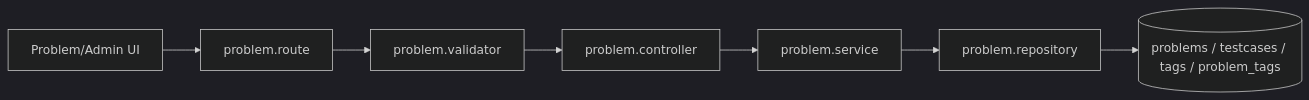
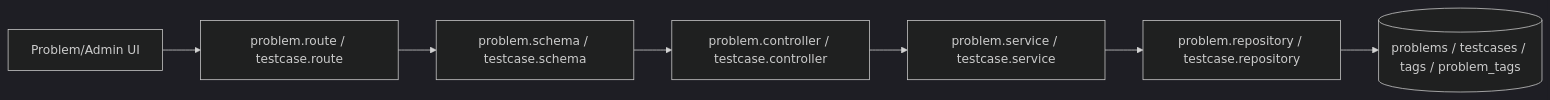
One commit to jack1e2401/fessior changed the second of 4 diagrams in docs/feature-flows.md. Above: the diagram before and after it, drawn with Mermaid (dark theme). The commit also changed other lines of this file and 55 other files, not shown here.

````diff
--- a/docs/feature-flows.md
+++ b/docs/feature-flows.md
@@ -33,9 +35,9 @@
 ```mermaid
 flowchart LR
-  FE[Problem/Admin UI] --> API[problem.route]
-  API --> Validator[problem.validator]
-  Validator --> Controller[problem.controller]
-  Controller --> Service[problem.service]
-  Service --> Repo[problem.repository]
+  FE[Problem/Admin UI] --> API[problem.route / testcase.route]
+  API --> Validator[problem.schema / testcase.schema]
+  Validator --> Controller[problem.controller / testcase.controller]
+  Controller --> Service[problem.service / testcase.service]
+  Service --> Repo[problem.repository / testcase.repository]
   Repo --> MySQL[(problems / testcases / tags / problem_tags)]
 ```
````
